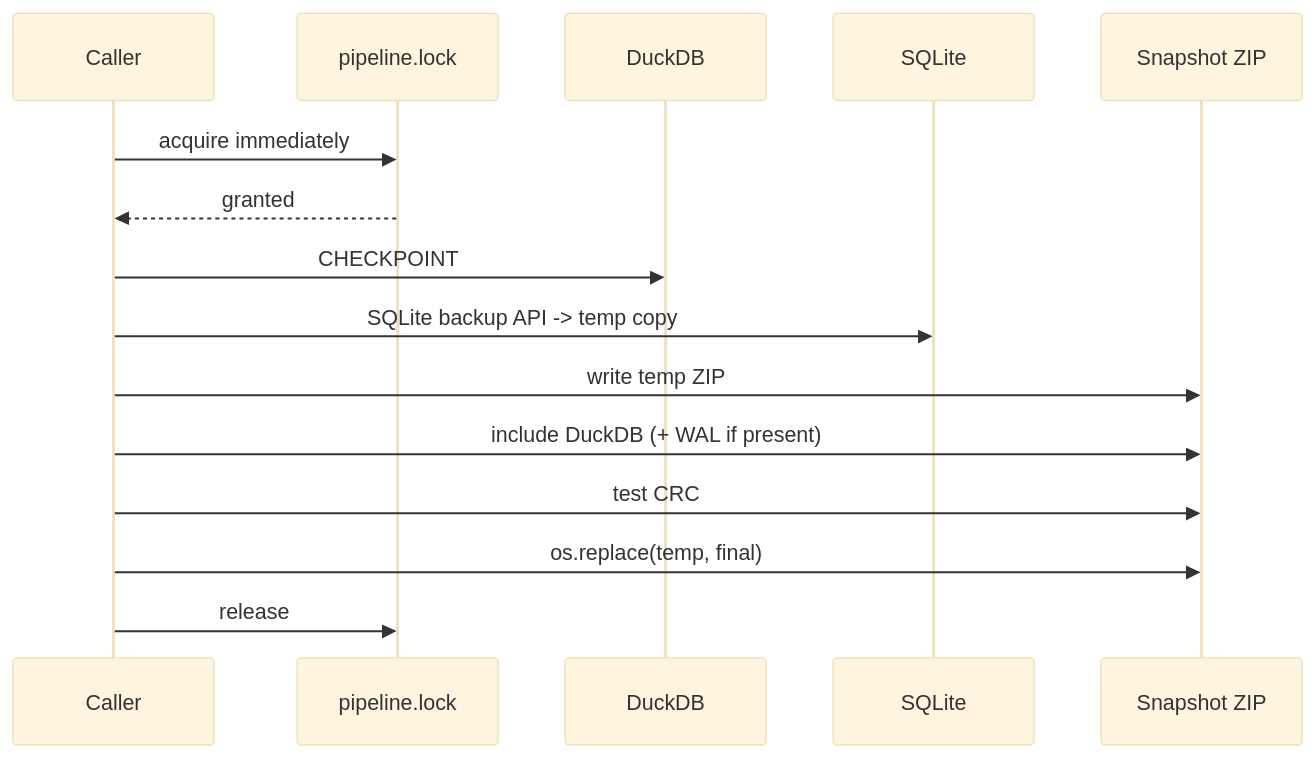
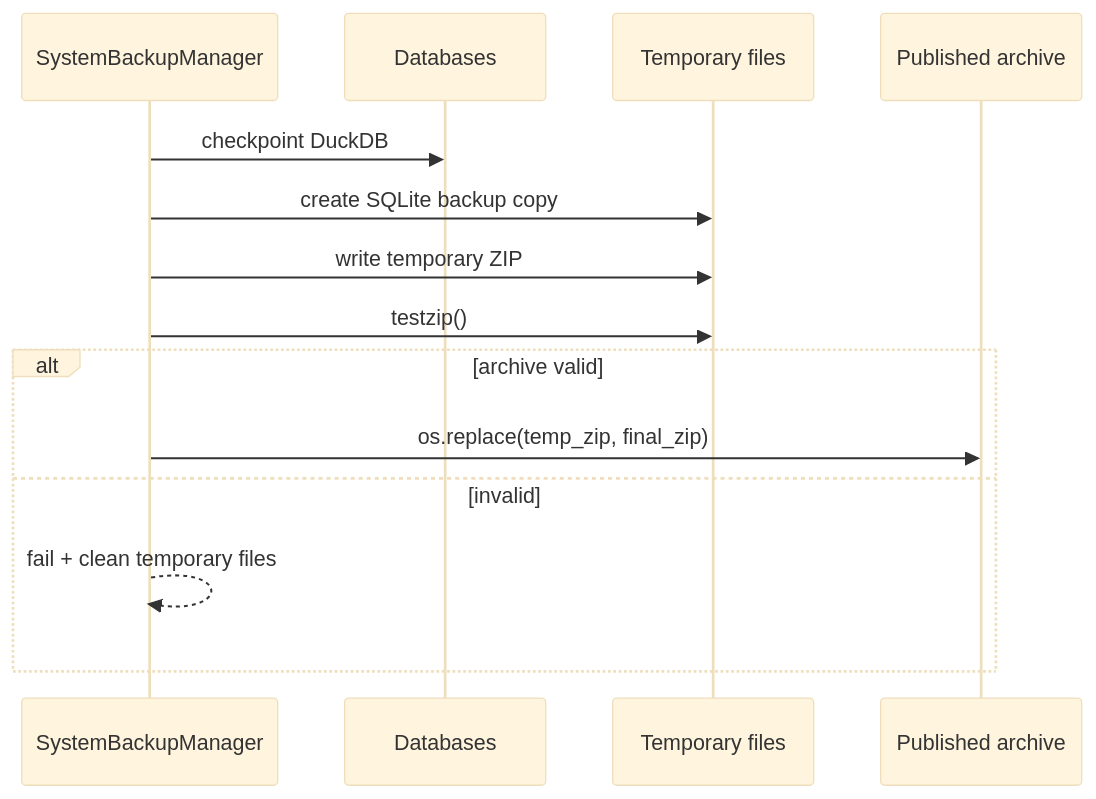
The third of 5 diagrams in docs/architecture/backup-and-restore.md (tks18/personal-finance-etl), drawn with Mermaid (base theme) before and after one commit. The commit also changed other lines of this file and 10 other files, not shown here.

Commit message:
docs: update docs/architecture for latest version

````diff
--- a/docs/architecture/backup-and-restore.md
+++ b/docs/architecture/backup-and-restore.md
@@ -93,18 +115,17 @@
 ```mermaid
 sequenceDiagram
-    participant U as Caller
-    participant L as pipeline.lock
-    participant D as DuckDB
-    participant S as SQLite
-    participant Z as Snapshot ZIP
+    participant M as SystemBackupManager
+    participant D as Databases
+    participant T as Temporary files
+    participant Z as Published archive
 
-    U->>L: acquire immediately
-    L-->>U: granted
-    U->>D: CHECKPOINT
-    U->>S: SQLite backup API -> temp copy
-    U->>Z: write temp ZIP
-    U->>Z: include DuckDB (+ WAL if present)
-    U->>Z: test CRC
-    U->>Z: os.replace(temp, final)
-    U->>L: release
+    M->>D: checkpoint DuckDB
+    M->>T: create SQLite backup copy
+    M->>T: write temporary ZIP
+    M->>T: testzip()
+    alt archive valid
+        M->>Z: os.replace(temp_zip, final_zip)
+    else invalid
+        M-->>M: fail + clean temporary files
+    end
 ```
````
